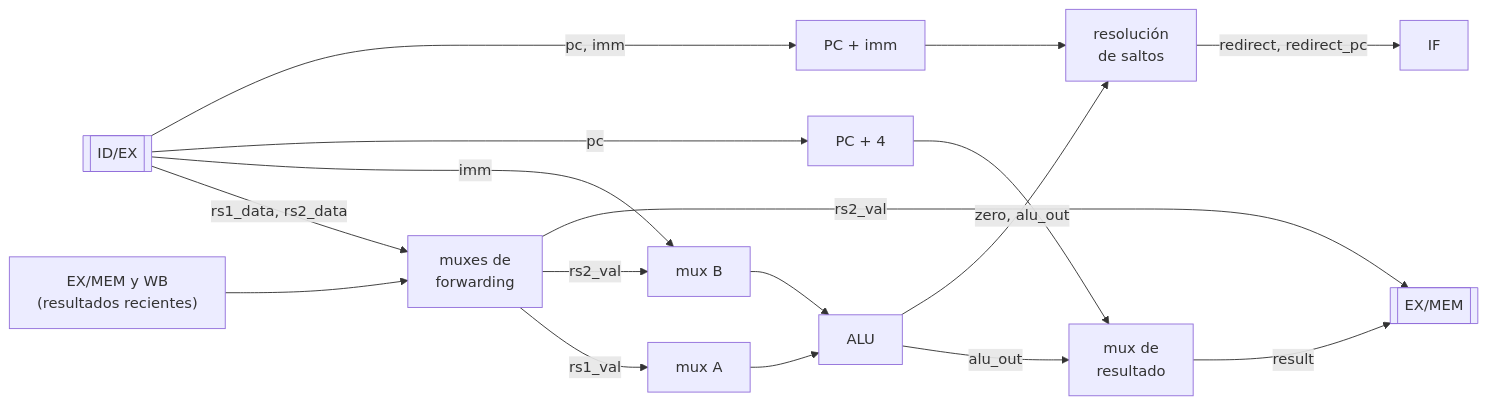
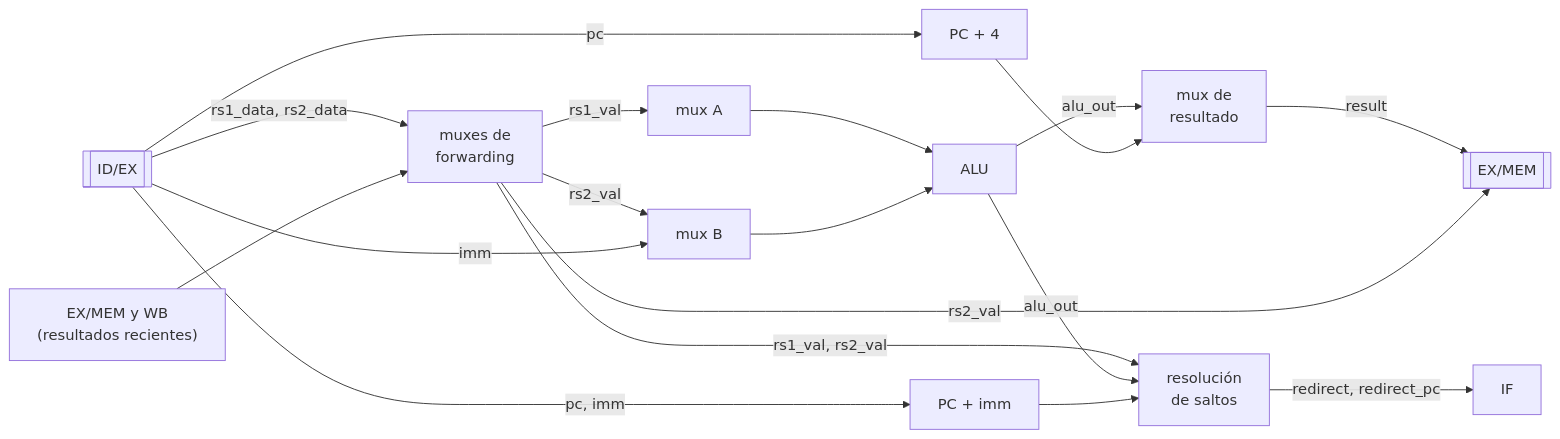
Before and after one commit to moreyrajulian/arquitectura_de_computadoras: the third of 5 diagrams in docs/spec/pipeline.md, drawn with Mermaid. The commit also changed other lines of this file and 14 other files, not shown here.

Commit message:
docs: camino crítico y skew con y sin comparador, decisión 044, spec y diagramas; restaura lo de la I-55 en verificacion.md (I-56)

````diff
--- a/docs/spec/pipeline.md
+++ b/docs/spec/pipeline.md
@@ -450,19 +450,20 @@
 ```mermaid
 flowchart LR
     IDEX[["ID/EX"]] -- "rs1_data, rs2_data" --> FWD["muxes de<br/>forwarding"]
     ANT["EX/MEM y WB<br/>(resultados recientes)"] --> FWD
     FWD -- "rs1_val" --> MA["mux A"]
     FWD -- "rs2_val" --> MB["mux B"]
     IDEX -- "imm" --> MB
     MA --> ALU["ALU"]
     MB --> ALU
     ALU -- "alu_out" --> RES["mux de<br/>resultado"]
     IDEX -- "pc" --> P4["PC + 4"]
     P4 --> RES
     IDEX -- "pc, imm" --> TGT["PC + imm"]
-    ALU -- "zero, alu_out" --> SAL["resolución<br/>de saltos"]
+    FWD -- "rs1_val, rs2_val" --> SAL["resolución<br/>de saltos"]
+    ALU -- "alu_out" --> SAL
     TGT --> SAL
     SAL -- "redirect, redirect_pc" --> IF["IF"]
     RES -- "result" --> EXMEM[["EX/MEM"]]
     FWD -- "rs2_val" --> EXMEM
 ```
````
